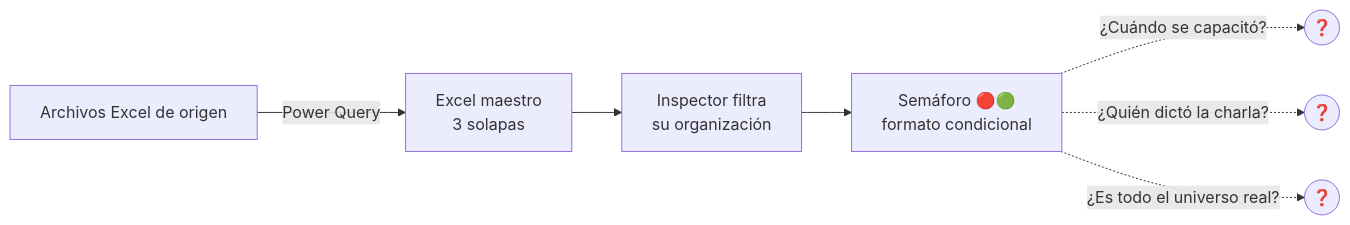
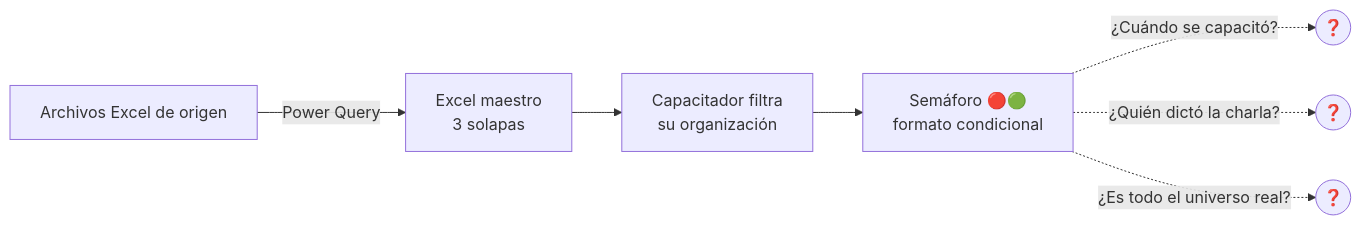
Before and after one commit to jminolli-e/case-studies: the first of 5 diagrams in charla-5-min/README.md, drawn with Mermaid. The commit also changed other lines of this file, not shown here.

````diff
--- a/charla-5-min/README.md
+++ b/charla-5-min/README.md
@@ -17,9 +17,9 @@
 ```mermaid
 flowchart LR
     A[Archivos Excel de origen] -->|Power Query| B[Excel maestro<br/>3 solapas]
-    B --> C[Inspector filtra<br/>su organización]
+    B --> C[Capacitador filtra<br/>su organización]
     C --> D["Semáforo 🔴🟢<br/>formato condicional"]
     D -.->|"¿Cuándo se capacitó?"| E((❓))
     D -.->|"¿Quién dictó la charla?"| F((❓))
     D -.->|"¿Es todo el universo real?"| G((❓))
 ```
````
